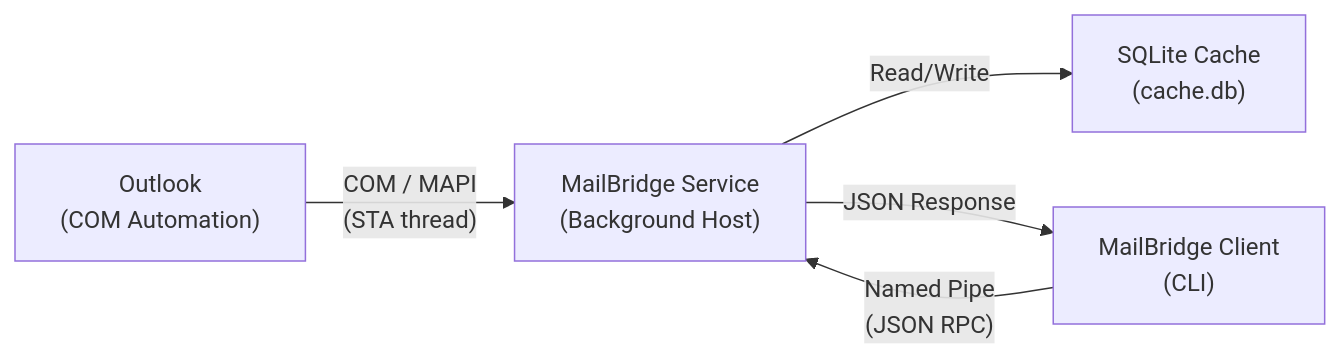
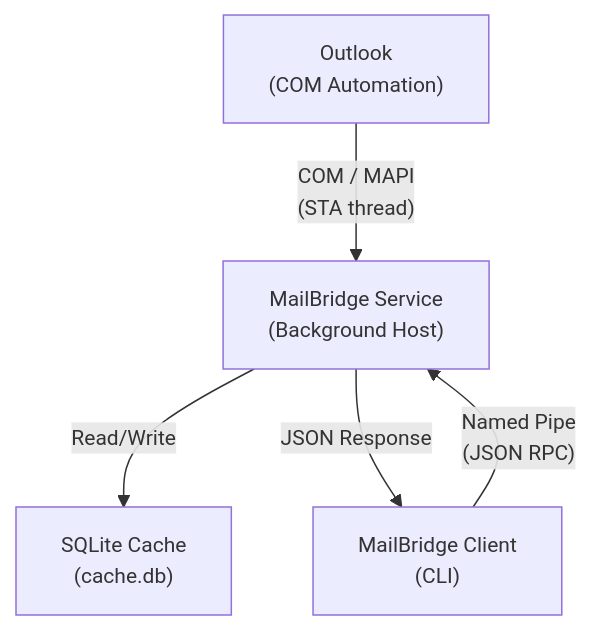
One commit to drmoisan/open-claw-bridge changed the second of 12 diagrams in docs/architecture-diagrams.md. Above: the diagram before and after it, drawn with Mermaid. The commit also changed other lines of this file and 3 other files, not shown here.

````diff
--- a/docs/architecture-diagrams.md
+++ b/docs/architecture-diagrams.md
@@ -33,12 +47,13 @@
 ```mermaid
-graph LR
+%%{init: {"themeVariables": {"fontSize": "14px"}}}%%
+graph TB
     Outlook["Outlook<br/>(COM Automation)"]
     Bridge["MailBridge Service<br/>(Background Host)"]
     SQLite["SQLite Cache<br/>(cache.db)"]
     Client["MailBridge Client<br/>(CLI)"]
 
     Outlook -- "COM / MAPI<br/>(STA thread)" --> Bridge
     Bridge -- "Read/Write" --> SQLite
     Client -- "Named Pipe<br/>(JSON RPC)" --> Bridge
     Bridge -- "JSON Response" --> Client
 ```
````
